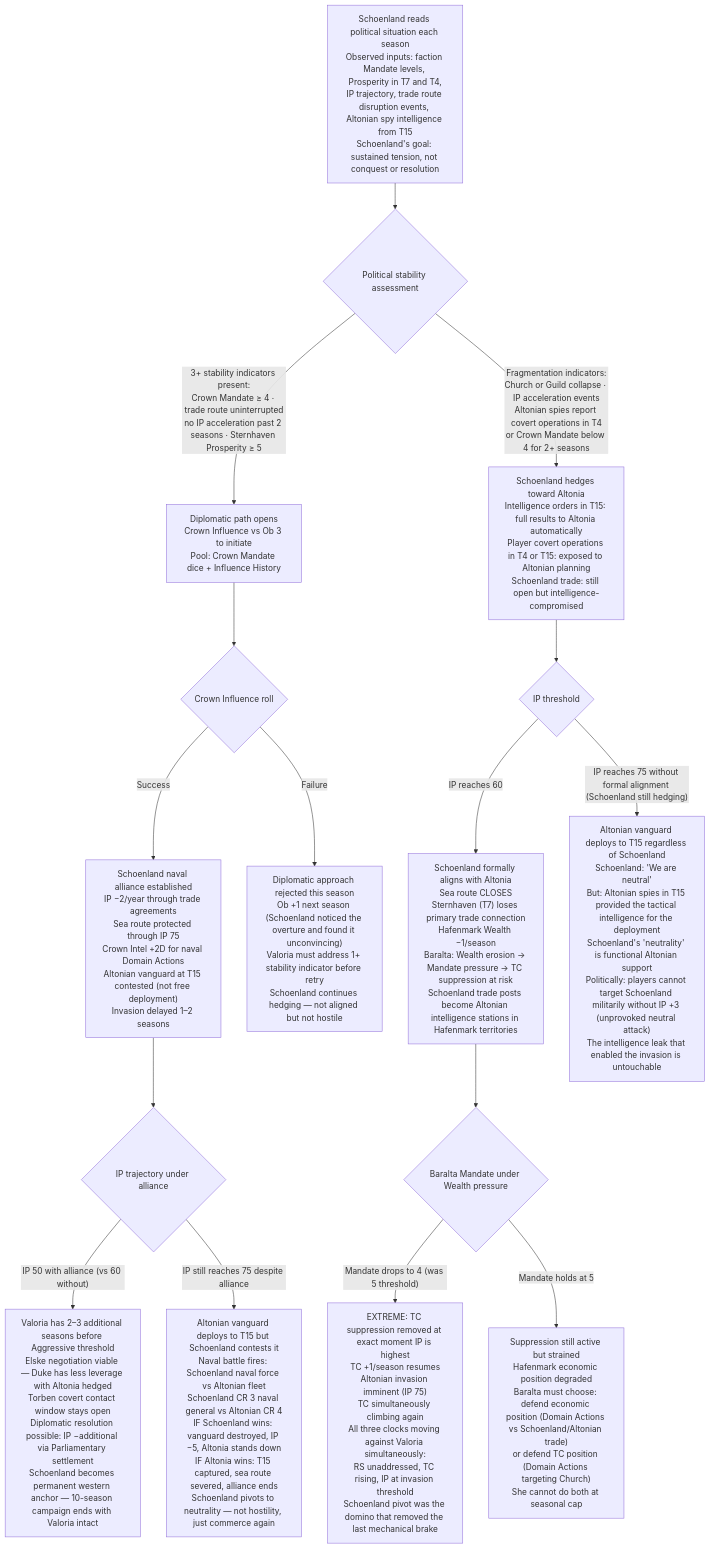
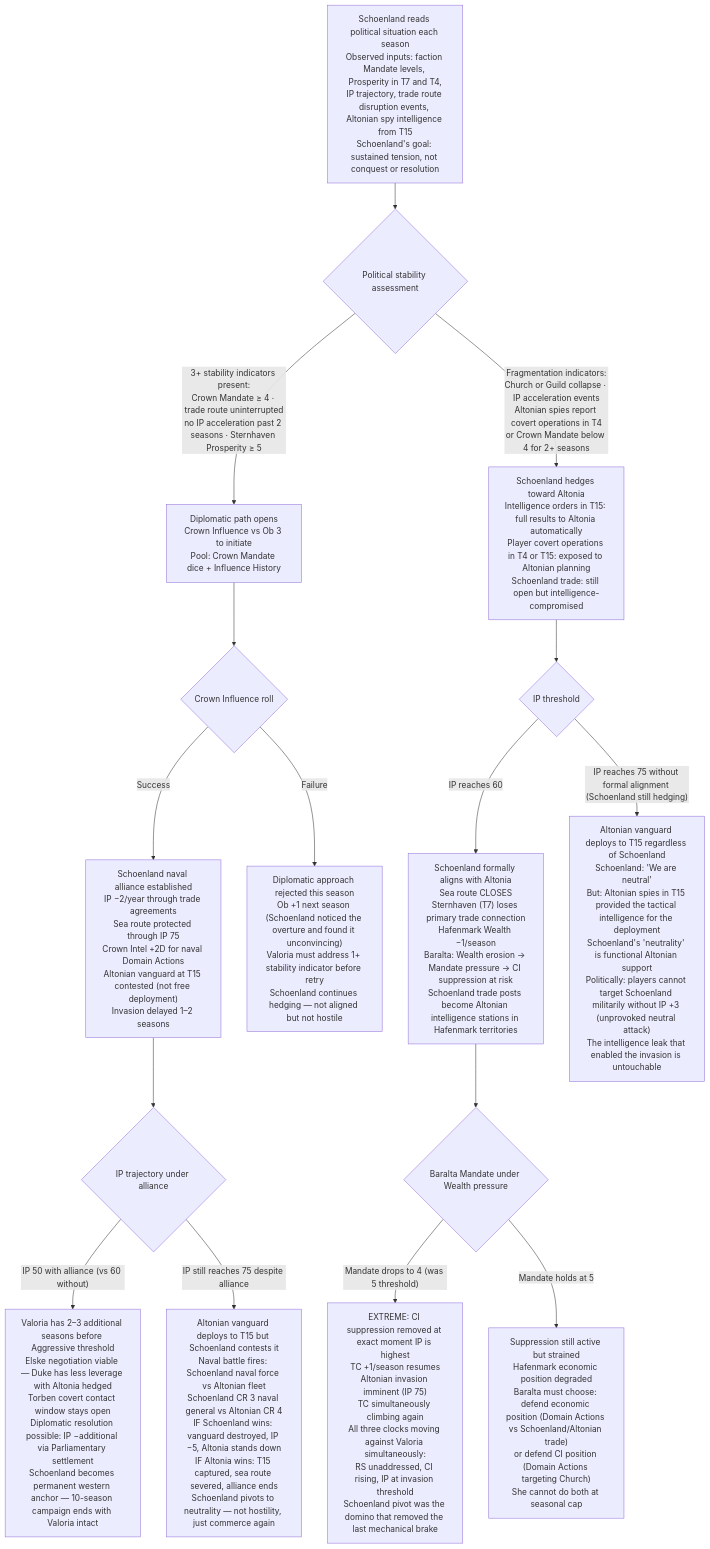
The second of 4 diagrams in designs/arcs/arcs_24_27.md (jordanelias/ttrpg), drawn with Mermaid before and after one commit. The commit also changed other lines of this file and 59 other files, not shown here.

````diff
--- a/designs/arcs/arcs_24_27.md
+++ b/designs/arcs/arcs_24_27.md
@@ -121,20 +121,20 @@
 ```mermaid
 flowchart TD
     A["Schoenland reads political situation each season\nObserved inputs: faction Mandate levels, Prosperity in T7 and T4,\nIP trajectory, trade route disruption events, Altonian spy intelligence from T15\nSchoenland's goal: sustained tension, not conquest or resolution"] --> B{Political stability assessment}
     B -->|"3+ stability indicators present:\nCrown Mandate ≥ 4 · trade route uninterrupted\nno IP acceleration past 2 seasons · Sternhaven Prosperity ≥ 5"| C["Diplomatic path opens\nCrown Influence vs Ob 3 to initiate\nPool: Crown Mandate dice + Influence History"]
     C --> D{Crown Influence roll}
     D -->|"Success"| E["Schoenland naval alliance established\nIP −2/year through trade agreements\nSea route protected through IP 75\nCrown Intel +2D for naval Domain Actions\nAltonian vanguard at T15 contested (not free deployment)\nInvasion delayed 1–2 seasons"]
     E --> F{IP trajectory under alliance}
     F -->|"IP 50 with alliance (vs 60 without)"| G["Valoria has 2–3 additional seasons before Aggressive threshold\nElske negotiation viable — Duke has less leverage with Altonia hedged\nTorben covert contact window stays open\nDiplomatic resolution possible: IP −additional via Parliamentary settlement\nSchoenland becomes permanent western anchor — 10-season campaign ends with Valoria intact"]
     F -->|"IP still reaches 75 despite alliance"| H["Altonian vanguard deploys to T15 but Schoenland contests it\nNaval battle fires: Schoenland naval force vs Altonian fleet\nSchoenland CR 3 naval general vs Altonian CR 4\nIF Schoenland wins: vanguard destroyed, IP −5, Altonia stands down\nIF Altonia wins: T15 captured, sea route severed, alliance ends\nSchoenland pivots to neutrality — not hostility, just commerce again"]
     
     D -->|"Failure"| I["Diplomatic approach rejected this season\nOb +1 next season (Schoenland noticed the overture and found it unconvincing)\nValoria must address 1+ stability indicator before retry\nSchoenland continues hedging — not aligned but not hostile"]
     
     B -->|"Fragmentation indicators:\nChurch or Guild collapse · IP acceleration events\nAltonian spies report covert operations in T4\nor Crown Mandate below 4 for 2+ seasons"| J["Schoenland hedges toward Altonia\nIntelligence orders in T15: full results to Altonia automatically\nPlayer covert operations in T4 or T15: exposed to Altonian planning\nSchoenland trade: still open but intelligence-compromised"]
     J --> K{IP threshold}
-    K -->|"IP reaches 60"| L["Schoenland formally aligns with Altonia\nSea route CLOSES\nSternhaven (T7) loses primary trade connection\nHafenmark Wealth −1/season\nBaralta: Wealth erosion → Mandate pressure → TC suppression at risk\nSchoenland trade posts become Altonian intelligence stations in Hafenmark territories"]
+    K -->|"IP reaches 60"| L["Schoenland formally aligns with Altonia\nSea route CLOSES\nSternhaven (T7) loses primary trade connection\nHafenmark Wealth −1/season\nBaralta: Wealth erosion → Mandate pressure → CI suppression at risk\nSchoenland trade posts become Altonian intelligence stations in Hafenmark territories"]
     L --> M{Baralta Mandate under Wealth pressure}
-    M -->|"Mandate drops to 4 (was 5 threshold)"| N["EXTREME: TC suppression removed at exact moment IP is highest\nTC +1/season resumes\nAltonian invasion imminent (IP 75)\nTC simultaneously climbing again\nAll three clocks moving against Valoria simultaneously:\nRS unaddressed, TC rising, IP at invasion threshold\nSchoenland pivot was the domino that removed the last mechanical brake"]
-    M -->|"Mandate holds at 5"| O["Suppression still active but strained\nHafenmark economic position degraded\nBaralta must choose: defend economic position (Domain Actions vs Schoenland/Altonian trade)\nor defend TC position (Domain Actions targeting Church)\nShe cannot do both at seasonal cap"]
+    M -->|"Mandate drops to 4 (was 5 threshold)"| N["EXTREME: CI suppression removed at exact moment IP is highest\nTC +1/season resumes\nAltonian invasion imminent (IP 75)\nTC simultaneously climbing again\nAll three clocks moving against Valoria simultaneously:\nRS unaddressed, CI rising, IP at invasion threshold\nSchoenland pivot was the domino that removed the last mechanical brake"]
+    M -->|"Mandate holds at 5"| O["Suppression still active but strained\nHafenmark economic position degraded\nBaralta must choose: defend economic position (Domain Actions vs Schoenland/Altonian trade)\nor defend CI position (Domain Actions targeting Church)\nShe cannot do both at seasonal cap"]
     K -->|"IP reaches 75 without formal alignment (Schoenland still hedging)"| P["Altonian vanguard deploys to T15 regardless of Schoenland\nSchoenland: 'We are neutral'\nBut: Altonian spies in T15 provided the tactical intelligence for the deployment\nSchoenland's 'neutrality' is functional Altonian support\nPolitically: players cannot target Schoenland militarily without IP +3 (unprovoked neutral attack)\nThe intelligence leak that enabled the invasion is untouchable"]
 ```
````
